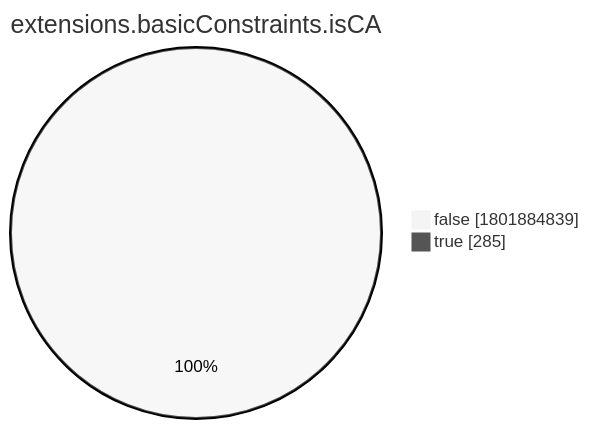
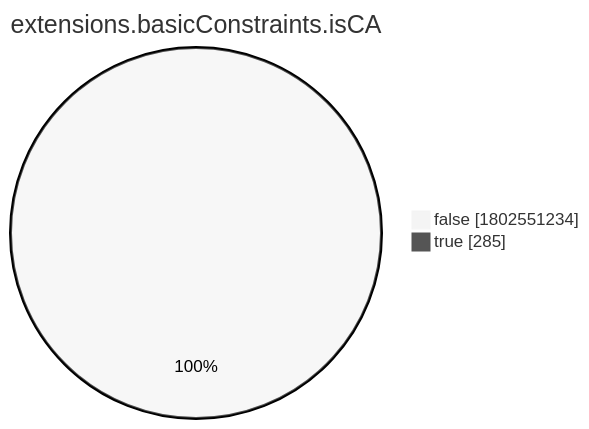
One commit to christiankrug/ctmonitor_visualization changed the eighth of 15 diagrams in xenon2022/README.md. Above: the diagram before and after it, drawn with Mermaid (neutral theme). The commit also changed other lines of this file, not shown here.

````diff
--- a/xenon2022/README.md
+++ b/xenon2022/README.md
@@ -2868,6 +2868,6 @@
 ```mermaid
 pie showData
 title extensions.basicConstraints.isCA
-"false" :1801884839
+"false" :1802551234
 "true" :285
 ```
````
